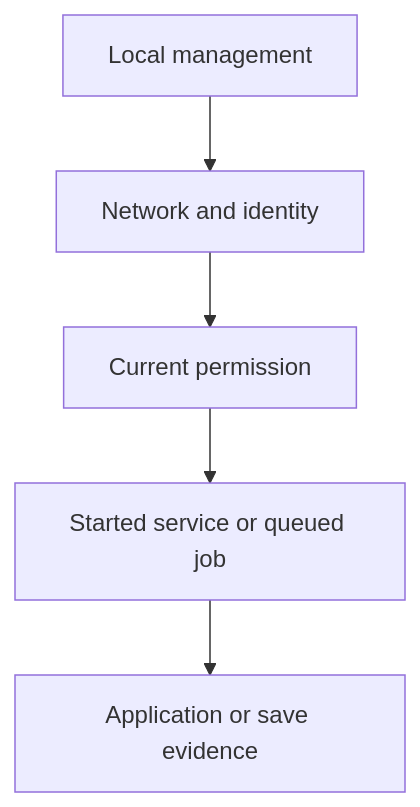
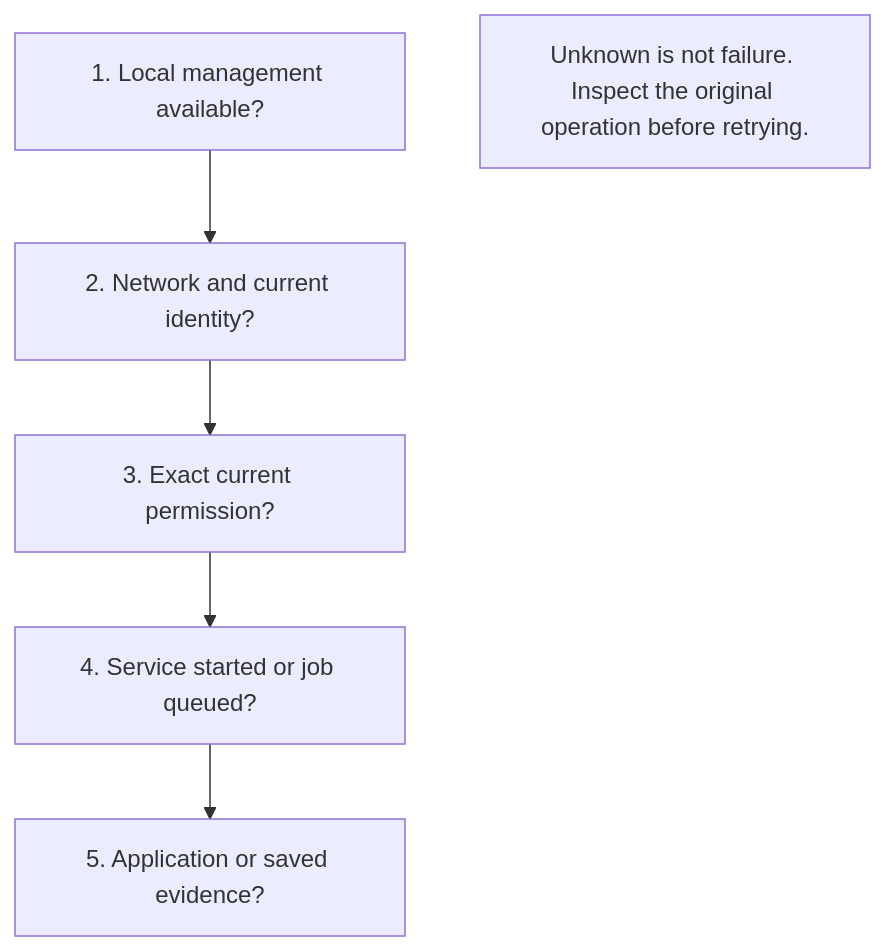
The diagram in docs/TROUBLESHOOTING.en.md (webkaz-labs/sobalink), drawn with Mermaid before and after one commit. The commit also changed 238 other files, not shown here.

First line of the commit message:
docs: explain workflows with distinct diagrams and real screen examples (#60)

````diff
--- a/docs/TROUBLESHOOTING.en.md
+++ b/docs/TROUBLESHOOTING.en.md
@@ -9,8 +9,11 @@
 ```mermaid
 flowchart TD
-    A["Local management"] --> B
-    B["Network and identity"] --> C
-    C["Current permission"] --> D
-    D["Started service or queued job"] --> E
-    E["Application or save evidence"]
+ accTitle: Self-check order, not a diagnosis
+ accDescr: Unknown is not failure. Inspect the original operation before retrying.
+ A["1. Local management available?"] --> B["2. Network and current identity?"]
+ B --> C["3. Exact current permission?"]
+ C --> D["4. Service started or job queued?"]
+ D --> E["5. Application or saved evidence?"]
+
+ LIMIT["Unknown is not failure. Inspect the original operation before retrying."]
 ```
````
